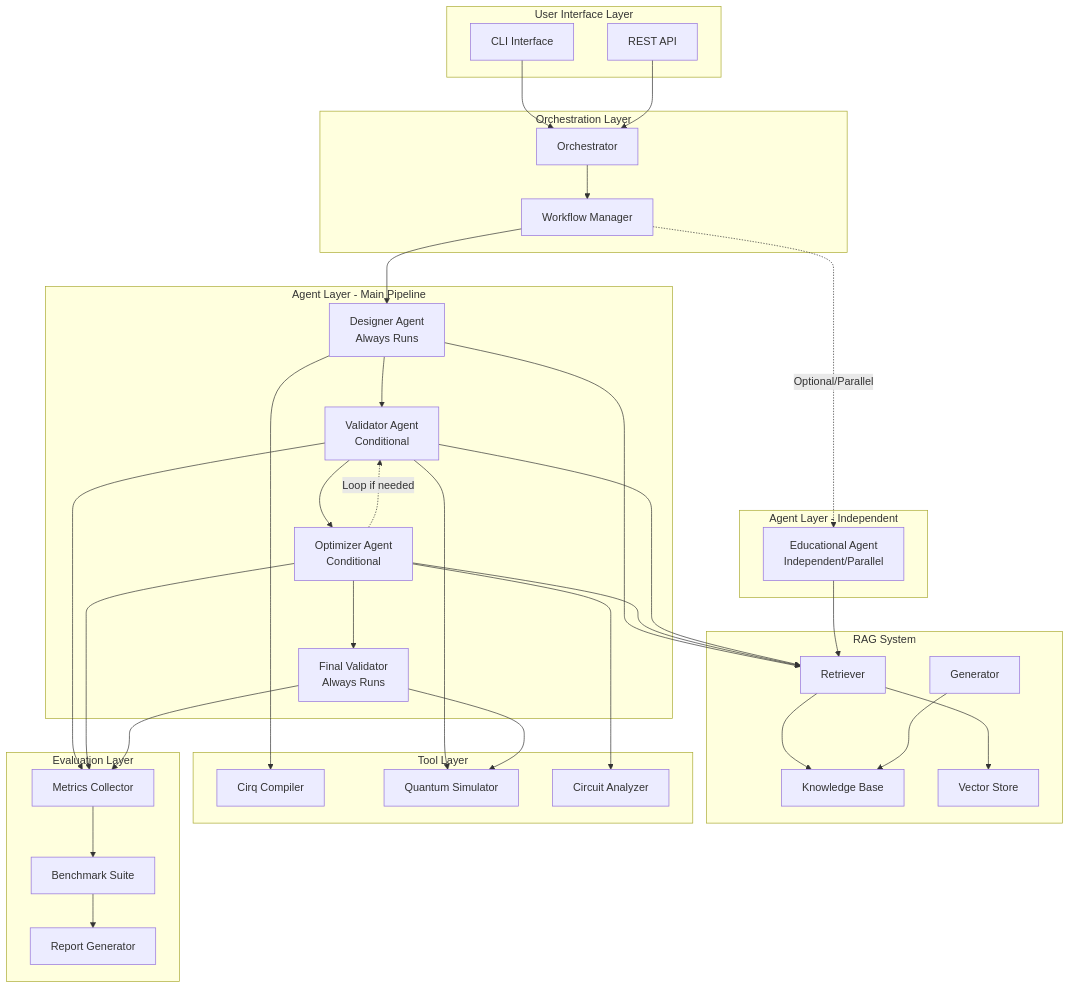
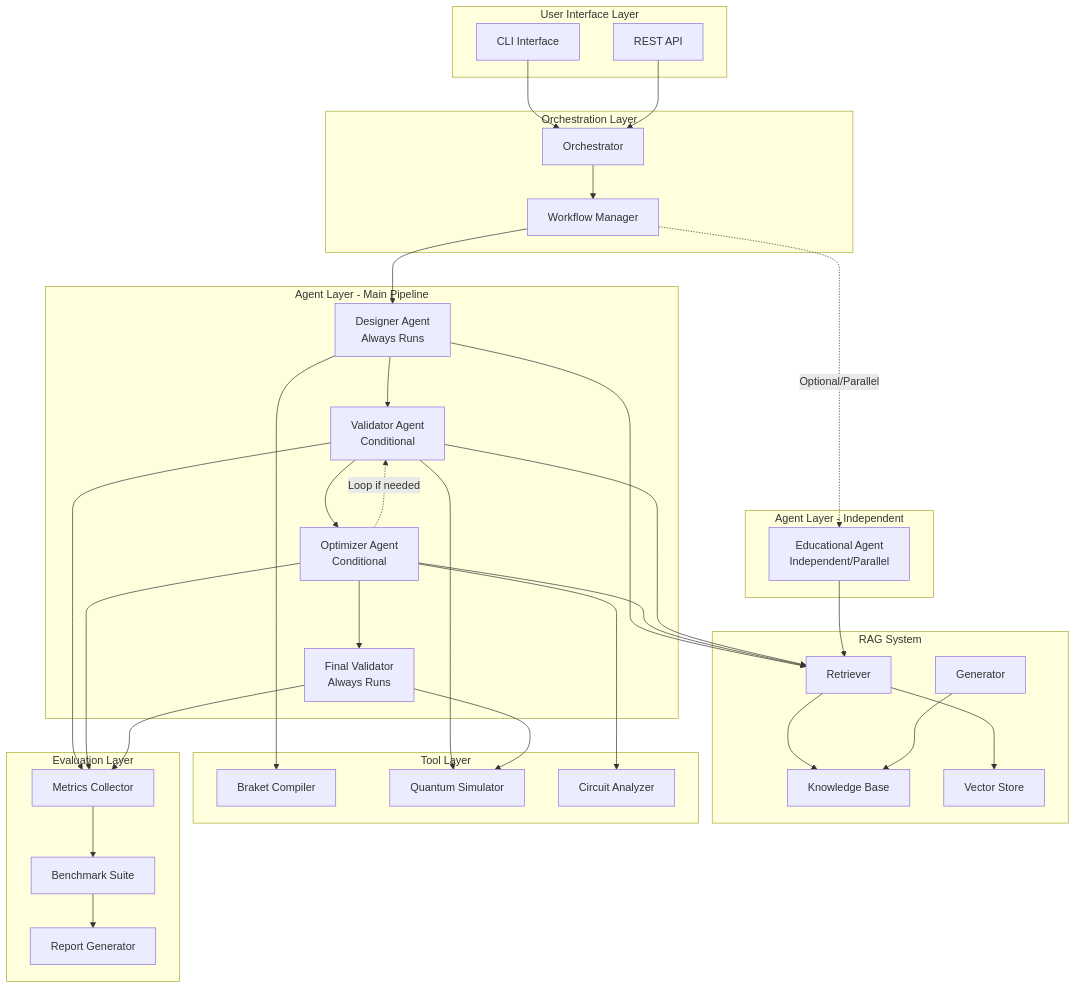
Before and after one commit to Umer-Farooq-CS/Braket-RAG-Code-Assistant: the first of 2 diagrams in docs/architecture.md, drawn with Mermaid. The commit also changed other lines of this file and 107 other files, not shown here.

First line of the commit message:
Migrate entire project from Cirq to Amazon Braket

````diff
--- a/docs/architecture.md
+++ b/docs/architecture.md
@@ -7,76 +7,76 @@
 ```mermaid
 graph TB
     subgraph "User Interface Layer"
         UI[CLI Interface]
         API[REST API]
     end
     
     subgraph "Orchestration Layer"
         ORCH[Orchestrator]
         WORKFLOW[Workflow Manager]
     end
     
     subgraph "Agent Layer - Main Pipeline"
         DESIGNER[Designer Agent<br/>Always Runs]
         VALIDATOR[Validator Agent<br/>Conditional]
         OPTIMIZER[Optimizer Agent<br/>Conditional]
         FINAL_VAL[Final Validator<br/>Always Runs]
     end
     
     subgraph "Agent Layer - Independent"
         EDUCATIONAL[Educational Agent<br/>Independent/Parallel]
     end
     
     subgraph "RAG System"
         RETRIEVER[Retriever]
         GENERATOR[Generator]
         KB[Knowledge Base]
         VECTOR[Vector Store]
     end
     
     subgraph "Tool Layer"
-        COMPILER[Cirq Compiler]
+        COMPILER[Braket Compiler]
         SIMULATOR[Quantum Simulator]
         ANALYZER[Circuit Analyzer]
     end
     
     subgraph "Evaluation Layer"
         METRICS[Metrics Collector]
         BENCHMARK[Benchmark Suite]
         REPORTS[Report Generator]
     end
     
     UI --> ORCH
     API --> ORCH
     ORCH --> WORKFLOW
     
     %% Main Pipeline Flow
     WORKFLOW --> DESIGNER
     DESIGNER --> VALIDATOR
     VALIDATOR --> OPTIMIZER
     OPTIMIZER -.->|Loop if needed| VALIDATOR
     OPTIMIZER --> FINAL_VAL
     
     %% Educational Agent - Independent
     WORKFLOW -.->|Optional/Parallel| EDUCATIONAL
     
     DESIGNER --> RETRIEVER
     OPTIMIZER --> RETRIEVER
     VALIDATOR --> RETRIEVER
     EDUCATIONAL --> RETRIEVER
     
     RETRIEVER --> KB
     RETRIEVER --> VECTOR
     GENERATOR --> KB
     
     DESIGNER --> COMPILER
     VALIDATOR --> SIMULATOR
     FINAL_VAL --> SIMULATOR
     OPTIMIZER --> ANALYZER
     
     VALIDATOR --> METRICS
     OPTIMIZER --> METRICS
     FINAL_VAL --> METRICS
     METRICS --> BENCHMARK
     BENCHMARK --> REPORTS
 ```
````
